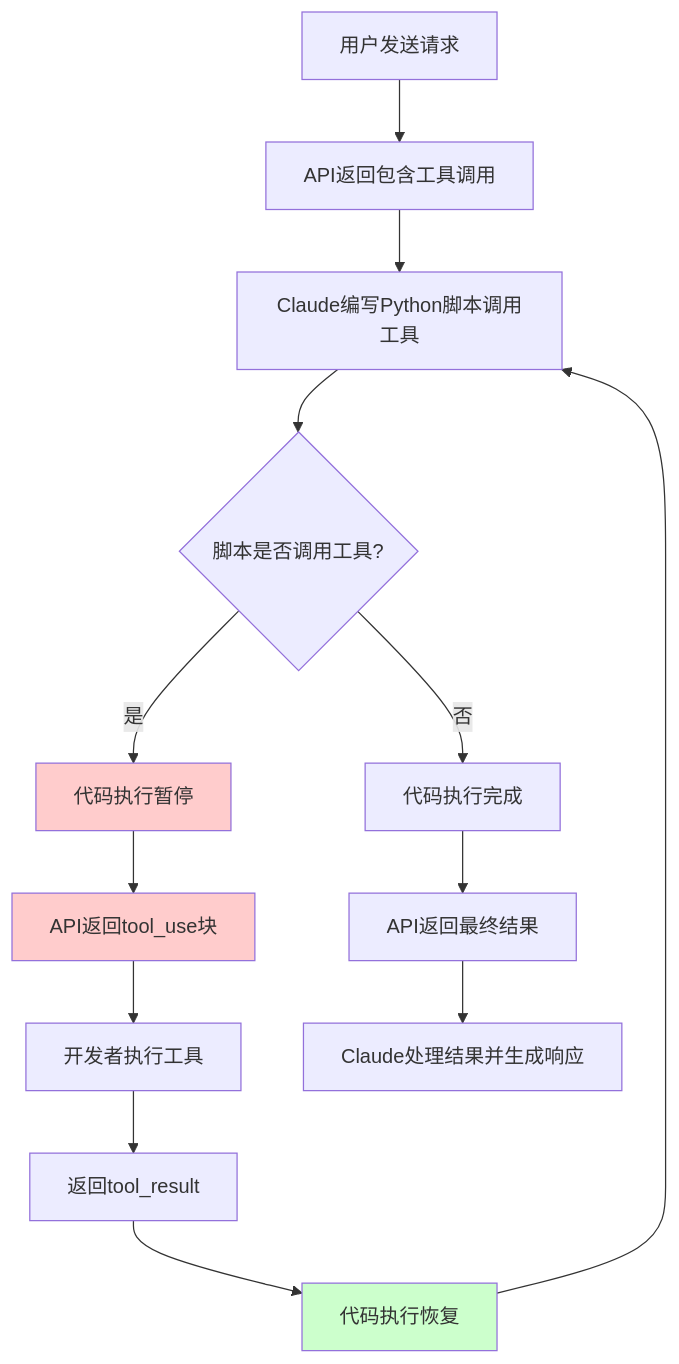
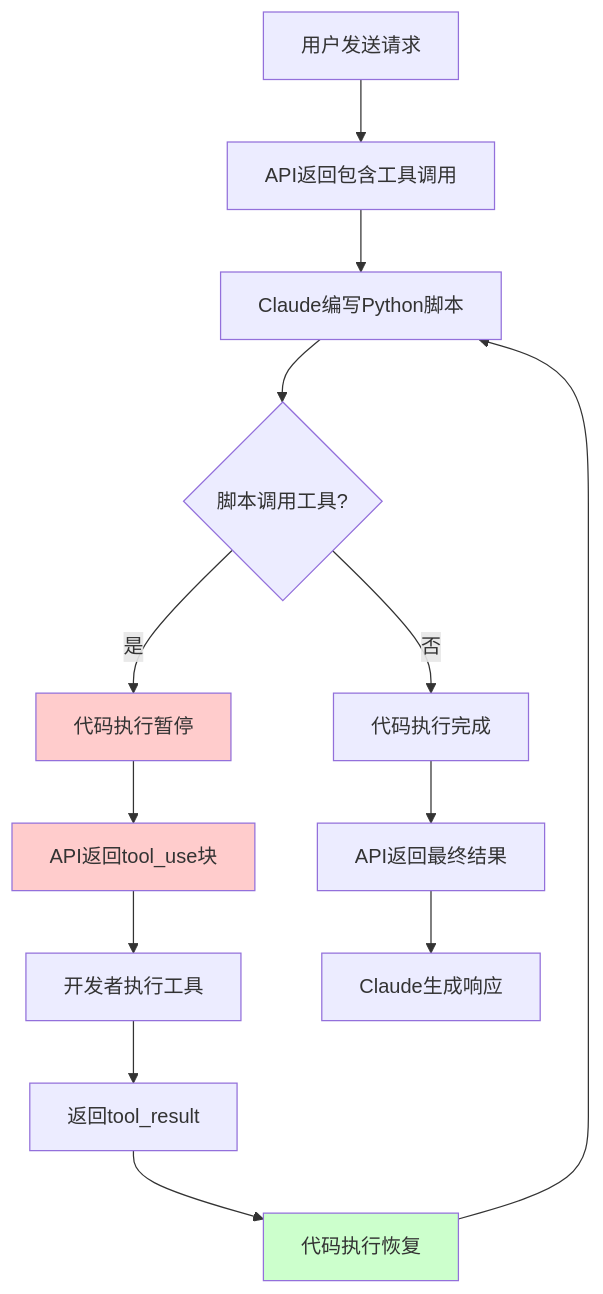
Before and after one commit to MiyakoMeow/neco: the diagram in progress/external-programmatic-tool-calling.md, drawn with Mermaid. The commit also changed other lines of this file and 9 other files, not shown here.

````diff
--- a/progress/external-programmatic-tool-calling.md
+++ b/progress/external-programmatic-tool-calling.md
@@ -123,19 +78,19 @@
 ```mermaid
 flowchart TD
     A[用户发送请求] --> B[API返回包含工具调用]
-    B --> C[Claude编写Python脚本调用工具]
-    C --> D{脚本是否调用工具?}
+    B --> C[Claude编写Python脚本]
+    C --> D{脚本调用工具?}
     D -->|是| E[代码执行暂停]
     E --> F[API返回tool_use块]
     F --> G[开发者执行工具]
     G --> H[返回tool_result]
     H --> I[代码执行恢复]
     I --> C
     D -->|否| J[代码执行完成]
     J --> K[API返回最终结果]
-    K --> L[Claude处理结果并生成响应]
+    K --> L[Claude生成响应]
     
     style E fill:#ffcccc
     style F fill:#ffcccc
     style I fill:#ccffcc
 ```
````
